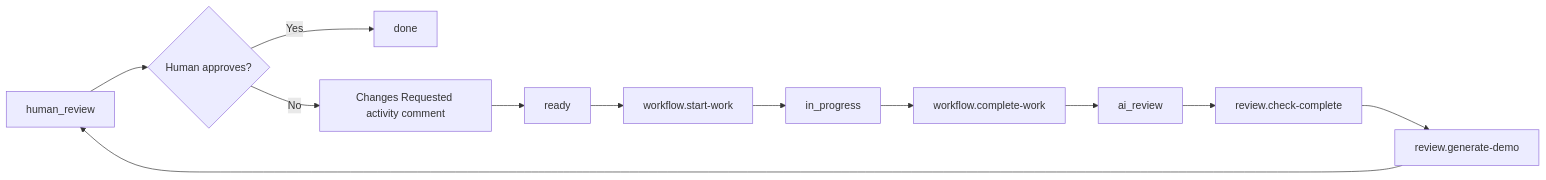
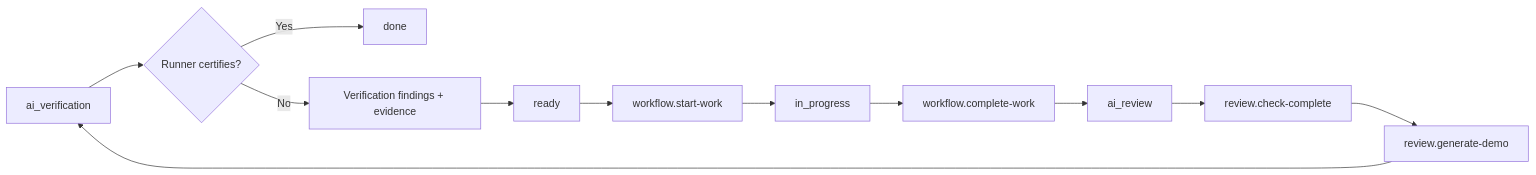
The diagram in docs/uqw-multi-environment.md (salmanrrana/brain-dump), drawn with Mermaid before and after one commit. The commit also changed other lines of this file and 39 other files, not shown here.

Commit message:
feat(9f63c408): address ai verification review findings

````diff
--- a/docs/uqw-multi-environment.md
+++ b/docs/uqw-multi-environment.md
@@ -446,14 +445,14 @@
 ```mermaid
 flowchart LR
-    A["human_review"] --> B{"Human approves?"}
+    A["ai_verification"] --> B{"Runner certifies?"}
     B -->|Yes| C["done"]
-    B -->|No| D["Changes Requested activity comment"]
+    B -->|No| D["Verification findings + evidence"]
     D --> E["ready"]
     E --> F["workflow.start-work"]
     F --> G["in_progress"]
     G --> H["workflow.complete-work"]
     H --> I["ai_review"]
     I --> J["review.check-complete"]
     J --> K["review.generate-demo"]
     K --> A
 ```
````
